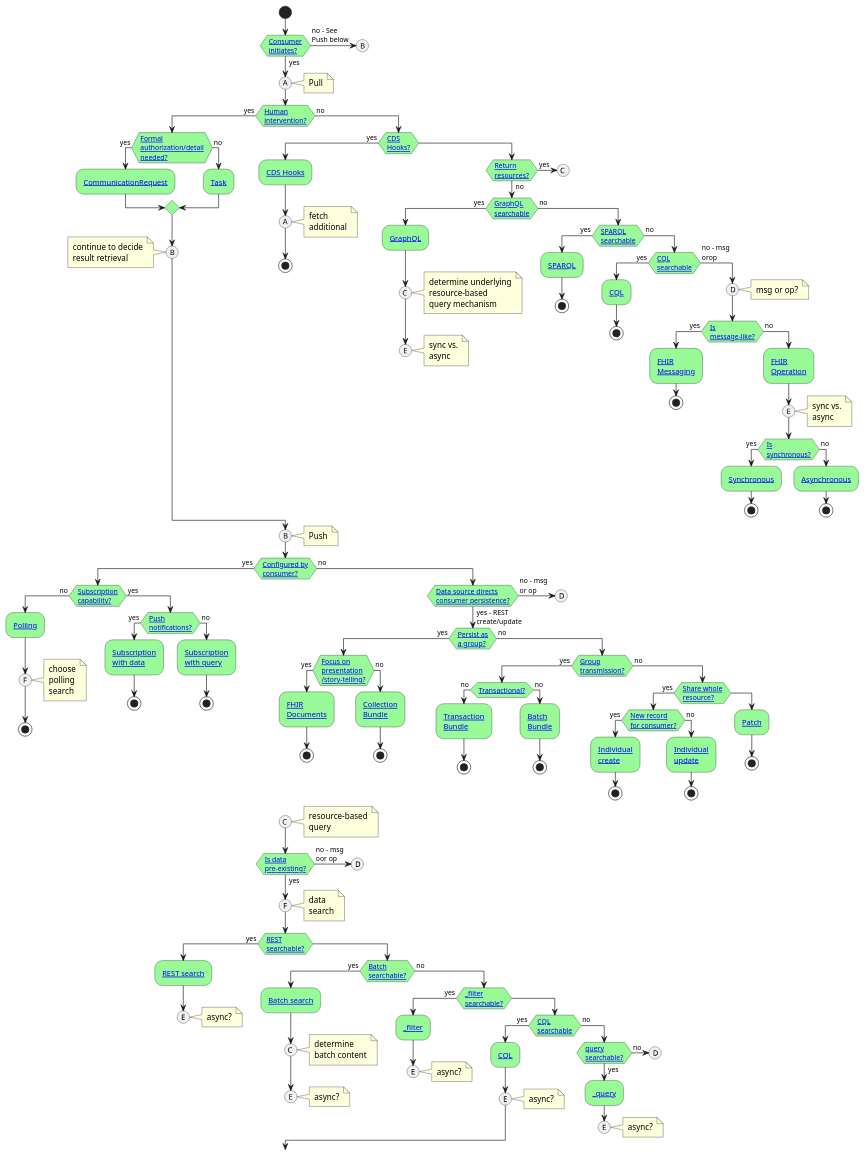
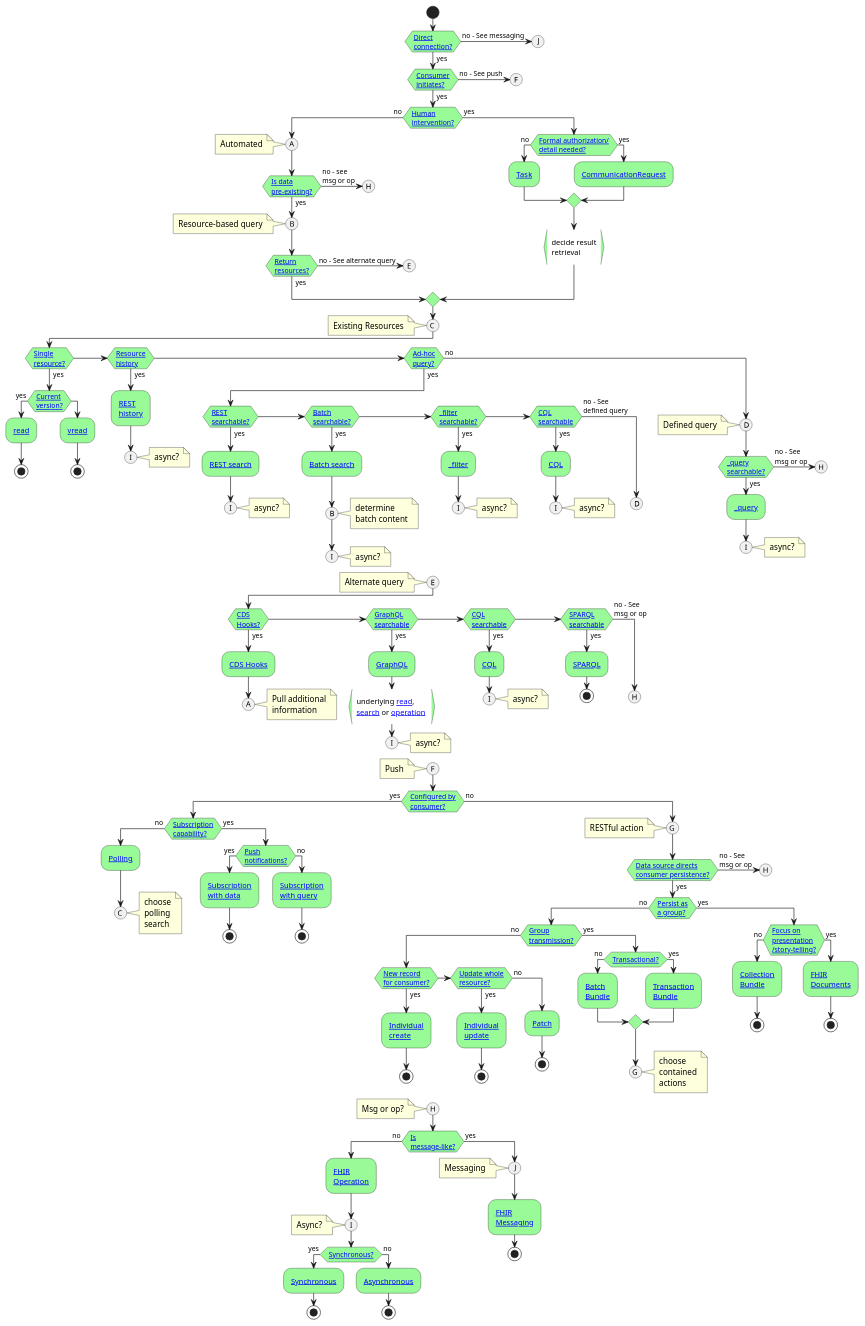
One commit to HL7/davinci-ehrx changed the diagram in input/images-source/fhir-exchanges.plantuml. Above: the diagram before and after it, drawn with PlantUML. The commit also changed 32 other files, not shown here.

Commit message:
Finished exchanging pages, removed duplicate content

```diff
--- a/input/images-source/fhir-exchanges.plantuml
+++ b/input/images-source/fhir-exchanges.plantuml
@@ -1,175 +1,195 @@
 @startuml
 skinparam padding 2
 skinparam activityBackgroundColor palegreen
 
 start
-if ([[#pull Consumer\ninitiates?]]) then (yes)
+if ([[#connect Direct\nconnection?]]) then (yes)
+  if ([[#pull Consumer\ninitiates?]]) then (yes)
+    if ([[#human Human\nintervention?]]) then (no)
+      (A)
+      note left:Automated
+      if ([[#pre-exists Is data\npre-existing?]]) then (yes)
+        (B)
+        note left:Resource-based query
+        if ([[#resources Return\nresources?]]) then (yes)
+        else (no - See alternate query)
+          (E)
+          detach
+        endif
+      else (no - see\nmsg or op)
+        (H)
+      endif
+    else (yes)
+      if ([[#formal Formal authorization/\ndetail needed?]]) then (no)
+        :[[exchanging-request.html#task Task]];
+      else (yes)
+        :[[exchanging-request.html#request CommunicationRequest]];
+      endif
+      :decide result\nretrieval}
+    endif
+  else (no - See push)
+    (F)
+  endif
+else (no - See messaging)
+  (J)
+endif
+
+(C)
+note left:Existing Resources
+if ([[#onlyone Single\nresource?]]) then (yes)
+  if ([[#current Current\nversion?]]) then (yes)
+    :[[exchanging-rest.html#read read]];
+    stop
+  else
+    :[[exchanging-rest.html#vread vread]];
+    stop
+  endif
+elseif ([[#history Resource\nhistory]]) then (yes)
+  :[[exchanging-search.html#history REST\nhistory]];
+  (I)
+  note right:async?
+  detach
+elseif ([[#adhoc Ad-hoc\nquery?]]) then (yes)
+  if ([[#rest-search REST\nsearchable?]]) then (yes)
+    :[[exchanging-search.html#search REST search]];
+    (I)
+    note right:async?
+    detach
+  elseif ([[#search-batch Batch\nsearchable?]]) then (yes)
+    :[[exchanging-rest.html#batch-search Batch search]];
+    (B)
+    note right:determine\nbatch content
+    (I)
+    note right:async?
+    detach
+  elseif ([[#filter _filter\nsearchable?]]) then (yes)
+    :[[exchanging-search.html#filter _filter]];
+    (I)
+    note right:async?
+    detach
+  elseif ([[#cql CQL\nsearchable]]) then (yes)
+    :[[exchanging-search.html#cql CQL]];
+    (I)
+    note right:async?
+    detach
+  else (no - See\ndefined query)
+    (D)
+    detach
+  endif
+else (no) 
+  (D)
+  note left:Defined query
+  if ([[#query _query\nsearchable?]]) then (yes)
+    :[[exchanging-search.html#query _query]];
+    (I)
+    note right:async?
+    detach
+  else (no - See\nmsg or op)
+    (H)
+    detach
+  endif
+endif
+
+(E)
+note left:Alternate query
+if ([[#hooks CDS\nHooks?]]) then (yes)
+  :[[https://cds-hooks.hl7.org CDS Hooks]];
   (A)
-  note right:Pull
-  if ([[#human Human\nintervention?]]) then (yes)
-    if ([[#formal Formal\nauthorization/detail\nneeded?]]) then (yes)
-      :[[exchanging-request.html#request CommunicationRequest]];
+  note right:Pull additional\ninformation
+  detach
+elseif ([[#graphql GraphQL\nsearchable]]) then (yes)
+  :[[exchanging-search.html#graphql GraphQL]];
+  :underlying [[exchanging-rest.html#read read]],\n[[exchanging-search.html#search search]] or [[exchanging-operation.html operation]] }
+  (I)
+  note right:async?
+  detach
+elseif ([[#cql CQL\nsearchable]]) then (yes)
+  :[[exchanging-search.html#cql CQL]];
+  (I)
+  note right:async?
+  detach
+elseif ([[#sparql SPARQL\nsearchable]]) then (yes)
+  :[[exchanging-search.html#sparql SPARQL]];
+  stop
+else (no - See\nmsg or op)
+  (H)
+  detach
+endif
+
+(F)
+note left:Push
+if ([[#configured Configured by\nconsumer?]]) then (yes)
+  if ([[#subscription Subscription\ncapability?]]) then (no)
+    :[[exchanging-polling.html Polling]];
+    (C)
+    note right:choose\npolling\nsearch
+    detach
+  else (yes)
+    if ([[#subscription-push Push\nnotifications?]]) then (yes)
+      :[[exchanging-subscription.html#push Subscription\nwith data]];
+      stop
     else (no)
-      :[[exchanging-request.html#task Task]];
-    endif
-    (B)
-    note
-      continue to decide
-      result retrieval
-    end note
-  else (no)
-    if ([[#hooks CDS\nHooks?]]) then (yes)
-      :[[https://cds-hooks.hl7.org CDS Hooks]];
-	  (A)
-	  note right:fetch\nadditional
-	  stop
-    else
-      if ([[#resources Return\nresources?]]) then (yes)
-        (C)
-      else (no)
-        if ([[#graphql GraphQL\nsearchable]]) then (yes)
-          :[[exchanging-search.html#graphql GraphQL]];
-          (C)
-          note right:determine underlying\nresource-based\nquery mechanism
-          (E)
-          note right:sync vs.\nasync
-          detach
-        else (no)
-          if ([[#sparql SPARQL\nsearchable]]) then (yes)
-            :[[exchanging-search.html#sparql SPARQL]];
-            stop
-          else (no)
-            if ([[#cql CQL\nsearchable]]) then (yes)
-              :[[exchanging-search.html#cql CQL]];
-              stop
-			else (no - msg\norop)
-              (D)
-              note right:msg or op?
-              if ([[#message Is\nmessage-like?]]) then (yes)
-                :[[exchanging-messaging.html FHIR\nMessaging]];
-                stop
-              else (no)
-                :[[exchanging-operation.html FHIR\nOperation]];
-                (E)
-                note right:sync vs.\nasync
-                if ([[#synchronous Is\nsynchronous?]]) then (yes)
-                  :[[exchanging-search.html#sync Synchronous]];
-                  stop
-                else (no)
-                  :[[exchanging-search.html#async Asynchronous]];
-                  stop
-                endif
-              endif
-            endif
-          endif
-        endif
-      endif
+      :[[exchanging-subscription.html#pull Subscription\nwith query]];
+      stop
     endif
   endif
-else (no - See\nPush below)
-  (B)
-endif
-(B)
-note right:Push
-  if ([[#configured Configured by\nconsumer?]]) then (yes)
-    if ([[#subscription Subscription\ncapability?]]) then (no)
-      :[[exchanging-polling.html Polling]];
-	  (F)
-	  note right:choose\npolling\nsearch
-      stop
+else (no)
+  (G)
+  note left:RESTful action
+  if ([[#source-persist Data source directs\nconsumer persistence?]]) then (yes)
+    if ([[#group-store Persist as\na group?]]) then (no)
+      if ([[#group-transmit Group\ntransmission?]]) then (no)
+        if ([[#rest New record\nfor consumer?]]) then (yes)
+          :[[exchanging-rest.html#create Individual\ncreate]];
+          stop
+        elseif ([[#resources Update whole\nresource?]]) then (yes)
+          :[[exchanging-rest.html#update Individual\nupdate]];
+          stop
+        else (no)
+          :[[exchanging-rest.html#patch Patch]];
+          stop
+        endif
+      else (yes)
+        if ([[#transaction Transactional?]]) then (no)
+          :[[exchanging-rest.html#batch Batch\nBundle]];
+        else (yes)
+          :[[exchanging-rest.html#transaction Transaction\nBundle]];
+        endif
+        (G)
+        note right:choose\ncontained\nactions
+        detach
+      endif
     else (yes)
-      if ([[#subscription-push Push\nnotifications?]]) then (yes)
-        :[[exchanging-subscription.html#push Subscription\nwith data]];
+      if ([[#story Focus on\npresentation\n/story-telling?]]) then (no)
+        :[[exchanging-rest.html#collection Collection\nBundle]];
         stop
-      else (no)
-        :[[exchanging-subscription.html#pull Subscription\nwith query]];
+      else (yes)
+        :[[exchanging-rest.html#document FHIR\nDocuments]];
         stop
       endif
     endif
+  else (no - See\nmsg or op)
+    (H)
+  endif
+endif
+
+(H)
+note left:Msg or op?
+if ([[#message Is\nmessage-like?]]) then (no)
+  :[[exchanging-operation.html FHIR\nOperation]];
+  (I)
+  note left:Async?
+  if ([[#synchronous Synchronous?]]) then (yes)
+    :[[exchanging-search.html#sync Synchronous]];
+    stop
   else (no)
-    if ([[#source-persist Data source directs\nconsumer persistence?]]) then (yes - REST\ncreate/update)
-      if ([[#group-store Persist as\na group?]]) then (yes)
-        if ([[#story Focus on\npresentation\n/story-telling?]]) then (yes)
-          :[[exchanging-rest.html#document FHIR\nDocuments]];
-          stop
-        else (no)
-          :[[exchanging-rest.html#collection Collection\nBundle]];
-          stop
-        endif
-      else (no)
-        if ([[#group-transmit Group\ntransmission?]]) then (yes)
-          if ([[#transaction Transactional?]]) then (no)
-            :[[exchanging-rest.html#transaction Transaction\nBundle]];
-            stop
-          else (no)
-            :[[exchanging-rest.html#batch Batch\nBundle]];
-            stop
-          endif
-        else (no)
-		  if ([[#resources Share whole\nresource?]]) then (yes)
-		    if ([[#rest New record\nfor consumer?]]) then (yes)
-              :[[exchanging-rest.html#create Individual\ncreate]];
-              stop
-			else (no)
-              :[[exchanging-rest.html#update Individual\nupdate]];
-              stop
-			endif
-          else
-            :[[exchanging-rest.html#patch Patch]];
-            stop
-          endif
-        endif
-      endif
-    else (no - msg\nor op)
-      (D)
-      detach
-    endif
+    :[[exchanging-search.html#async Asynchronous]];
+    stop
   endif
-(C)
-note right:resource-based\nquery
-  if ([[#pre-exists Is data\npre-existing?]]) then (yes)
-    (F)
-	note right:data\nsearch
-    if ([[#rest-search REST\nsearchable?]]) then (yes)
-      :[[exchanging-search.html#search REST search]];
-      (E)
-      note right:async?
-	  detach
-    else
-      if ([[#search-batch Batch\nsearchable?]]) then (yes)
-        :[[exchanging-search.html#batch Batch search]];
-        (C)
-        note right:determine\nbatch content
-        (E)
-        note right:async?
-        detach
-      else (no)
-        if ([[#filter _filter\nsearchable?]]) then (yes)
-          :[[exchanging-search.html#filter _filter]];
-          (E)
-          note right:async?
-          detach
-        else
-          if ([[#cql CQL\nsearchable]]) then (yes)
-            :[[exchanging-search.html#cql CQL]];
-            (E)
-            note right:async?
-          else (no)
-            if ([[#query query\nsearchable?]]) then (yes)
-              :[[exchanging-search.html#query _query]];
-              (E)
-              note right:async?
-              detach
-            else (no)
-              (D)
-              detach
-            endif
-          endif
-        endif
-      endif
-    endif
-  else (no - msg\noor op)
-    (D)
-  endif
-  
+else (yes)
+  (J)
+  note left:Messaging
+  :[[exchanging-messaging.html FHIR\nMessaging]];
+  stop
+endif
 @enduml
```
